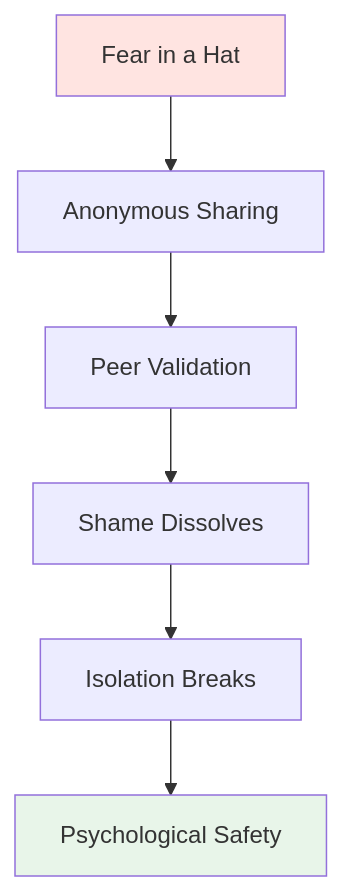
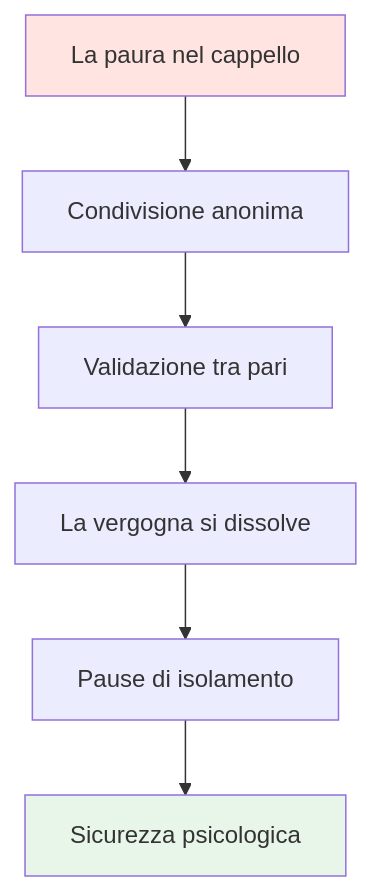
The fourth of 4 diagrams in docs/it/workshop.md (patwii/petanque-academy), drawn with Mermaid before and after one commit. The commit also changed other lines of this file and 532 other files, not shown here.

````diff
--- a/docs/it/workshop.md
+++ b/docs/it/workshop.md
@@ -271,11 +399,11 @@
 ```mermaid
 graph TD
-    A[Fear in a Hat] --> B[Anonymous Sharing]
-    B --> C[Peer Validation]
-    C --> D[Shame Dissolves]
-    D --> E[Isolation Breaks]
-    E --> F[Psychological Safety]
+    A[La paura nel cappello] --> B[Condivisione anonima]
+    B --> C[Validazione tra pari]
+    C --> D[La vergogna si dissolve]
+    D --> E[Pause di isolamento]
+    E --> F[Sicurezza psicologica]
 
     style A fill:#ffe4e1
     style F fill:#e8f5e9
 ```
````
